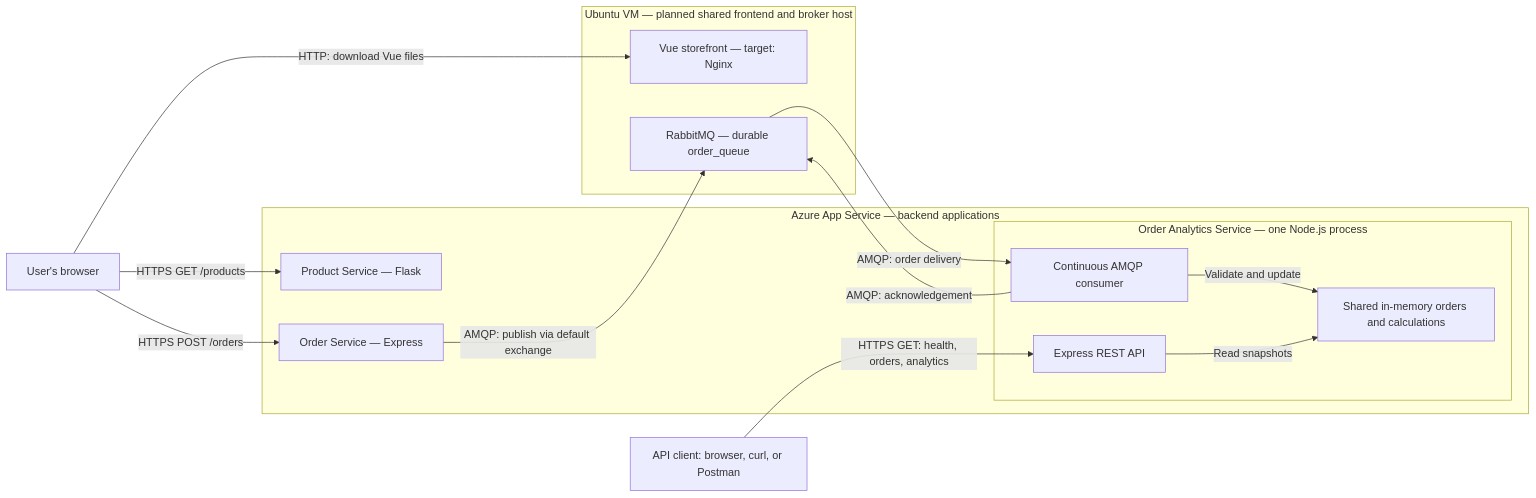
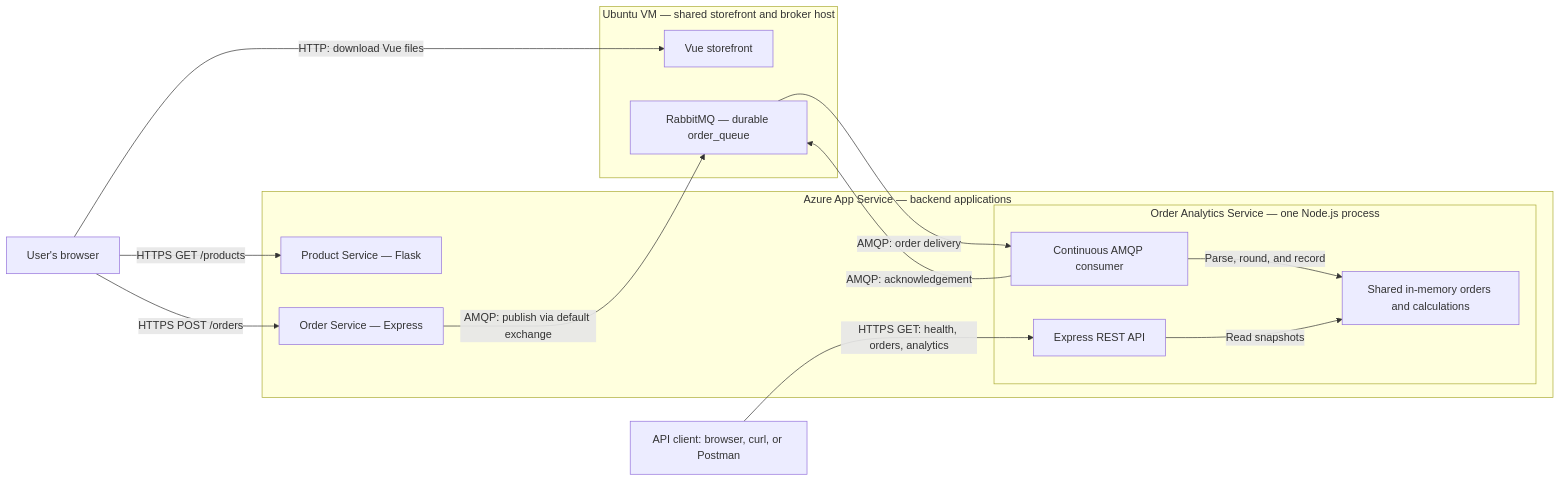
Before and after one commit to macl0379/order-analytics-service: the diagram in README.md, drawn with Mermaid. The commit also changed other lines of this file and 2 other files, not shown here.

````diff
--- a/README.md
+++ b/README.md
@@ -103,30 +89,30 @@
 ```mermaid
 flowchart LR
     Browser["User's browser"]
     Viewer["API client: browser, curl, or Postman"]
 
-    subgraph VM["Ubuntu VM — planned shared frontend and broker host"]
-        Frontend["Vue storefront — target: Nginx"]
+    subgraph VM["Ubuntu VM — shared storefront and broker host"]
+        Frontend["Vue storefront"]
         Rabbit["RabbitMQ — durable order_queue"]
     end
 
     subgraph Azure["Azure App Service — backend applications"]
         Product["Product Service — Flask"]
         Order["Order Service — Express"]
         subgraph Analytics["Order Analytics Service — one Node.js process"]
             Consumer["Continuous AMQP consumer"]
             State["Shared in-memory orders and calculations"]
             API["Express REST API"]
-            Consumer -->|"Validate and update"| State
+            Consumer -->|"Parse, round, and record"| State
             API -->|"Read snapshots"| State
         end
     end
 
     Browser -->|"HTTP: download Vue files"| Frontend
     Browser -->|"HTTPS GET /products"| Product
     Browser -->|"HTTPS POST /orders"| Order
     Order -->|"AMQP: publish via default exchange"| Rabbit
     Rabbit -->|"AMQP: order delivery"| Consumer
     Consumer -->|"AMQP: acknowledgement"| Rabbit
     Viewer -->|"HTTPS GET: health, orders, analytics"| API
 ```
````
